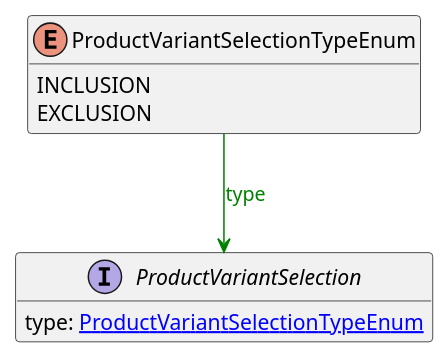
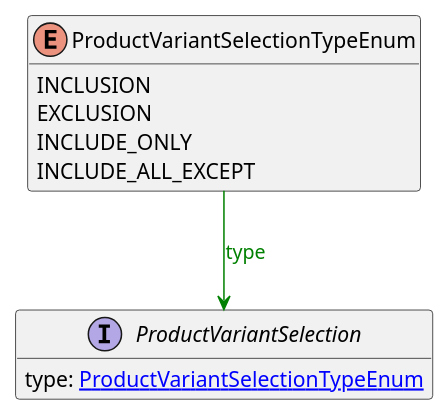
Before and after one commit to commercetools/commercetools-api-reference: the diagram in uml/api/ProductVariantSelectionTypeEnum.puml, drawn with PlantUML. The commit also changed 8 other files, not shown here.

```diff
--- a/uml/api/ProductVariantSelectionTypeEnum.puml
+++ b/uml/api/ProductVariantSelectionTypeEnum.puml
@@ -1,12 +1,14 @@
 @startuml
 
 hide methods
 enum ProductVariantSelectionTypeEnum {
     INCLUSION
     EXCLUSION
+    INCLUDE_ONLY
+    INCLUDE_ALL_EXCEPT
 }
 interface ProductVariantSelection [[ProductVariantSelection.svg]]  {
     type: [[ProductVariantSelectionTypeEnum.svg ProductVariantSelectionTypeEnum]]
 }
 ProductVariantSelectionTypeEnum --> ProductVariantSelection #green;text:green : "type"
 @enduml
```
